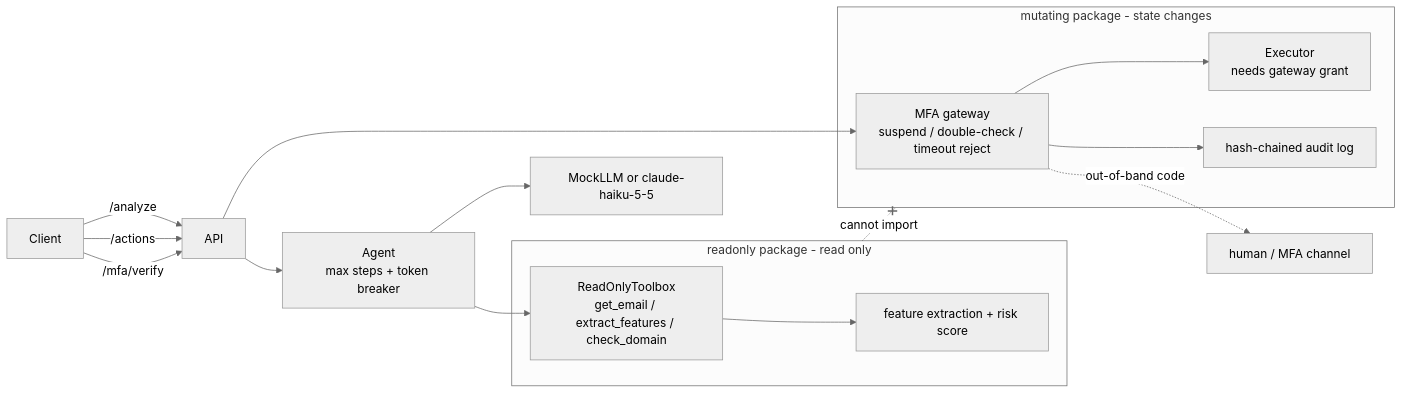
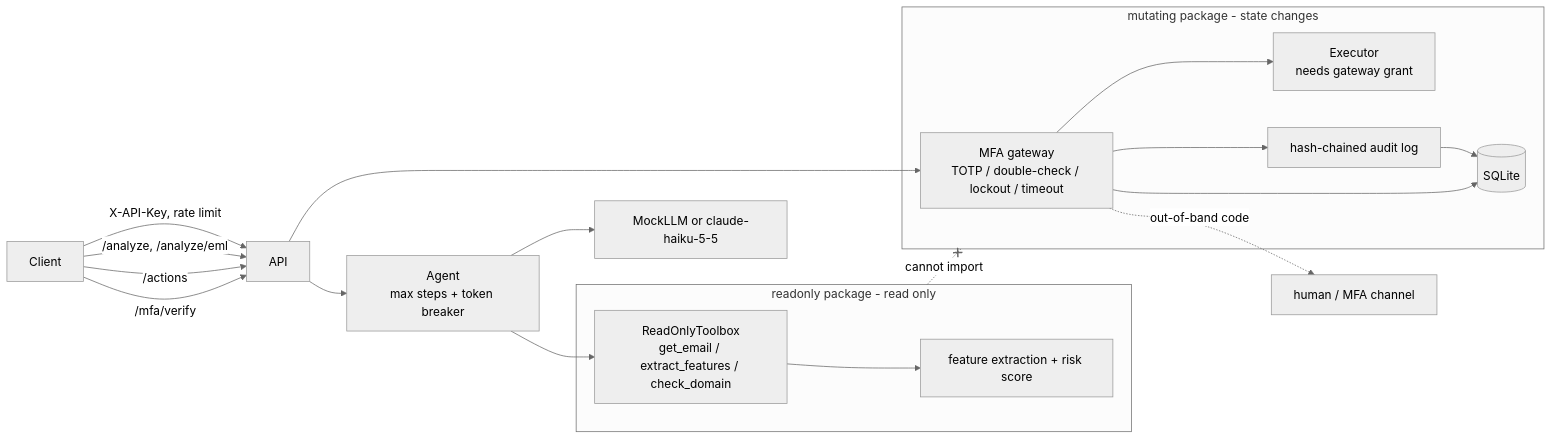
The diagram in README.md (King-Dunk/phishguard), drawn with Mermaid (neutral theme) before and after one commit. The commit also changed other lines of this file and 38 other files, not shown here.

First line of the commit message:
Production hardening: real .eml detection, TOTP MFA, API auth, hybrid eval

````diff
--- a/README.md
+++ b/README.md
@@ -20,22 +30,25 @@
 ```mermaid
 flowchart LR
-    Client -->|/analyze| API
+    Client -->|X-API-Key, rate limit| API
+    Client -->|/analyze, /analyze/eml| API
     Client -->|/actions| API
     Client -->|/mfa/verify| API
     subgraph RO[readonly package - read only]
         TB[ReadOnlyToolbox<br/>get_email / extract_features / check_domain]
         F[feature extraction + risk score]
     end
     subgraph MU[mutating package - state changes]
-        GW[MFA gateway<br/>suspend / double-check / timeout reject]
+        GW[MFA gateway<br/>TOTP / double-check / lockout / timeout]
         EX[Executor<br/>needs gateway grant]
         AU[hash-chained audit log]
+        DB[(SQLite)]
     end
     API --> AG[Agent<br/>max steps + token breaker]
     AG --> LLM[MockLLM or claude-haiku-5-5]
     AG --> TB --> F
     API --> GW --> EX
-    GW --> AU
+    GW --> AU --> DB
+    GW --> DB
     GW -.out-of-band code.-> User[human / MFA channel]
     RO -. cannot import .-x MU
 ```
````
